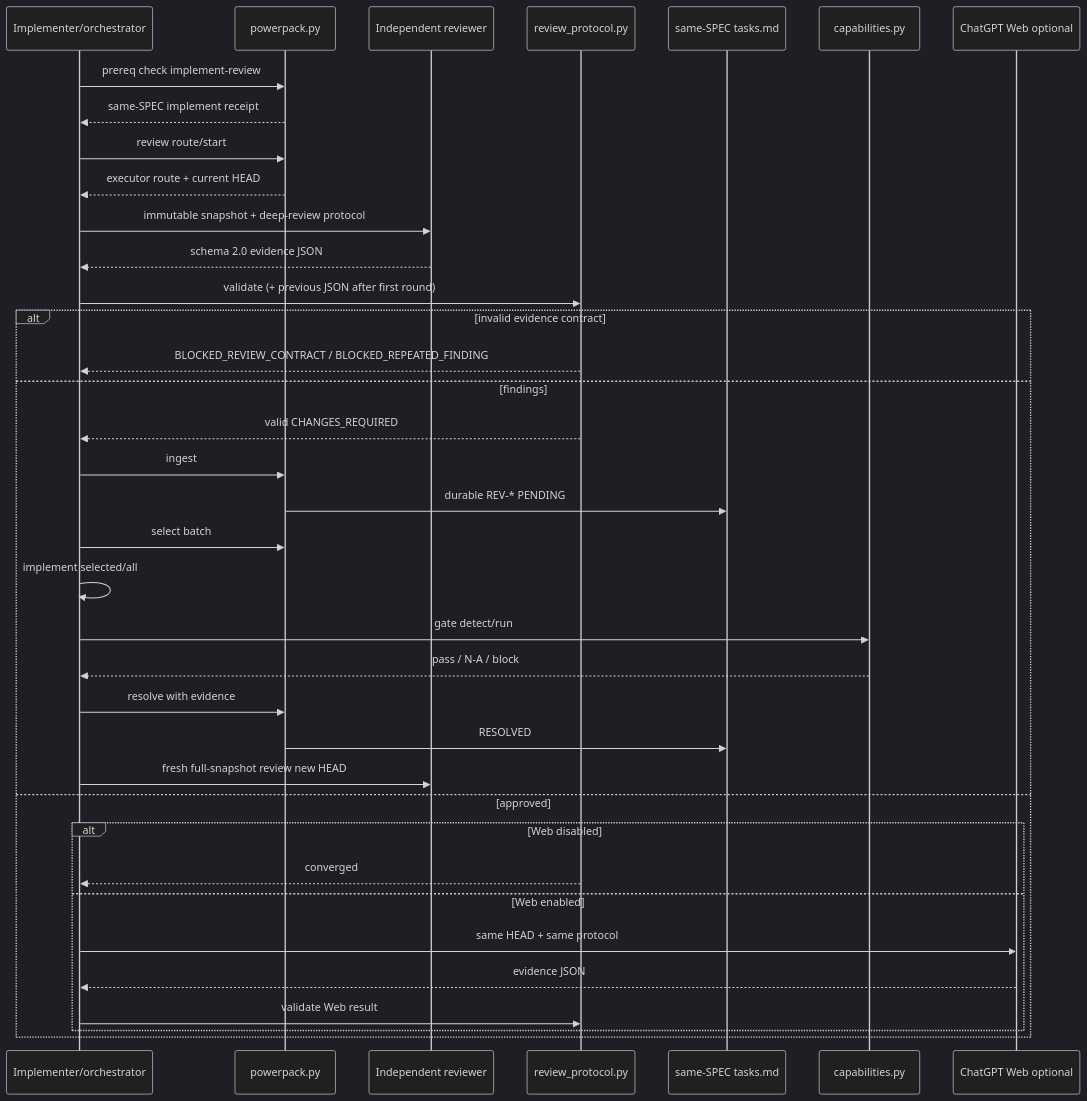
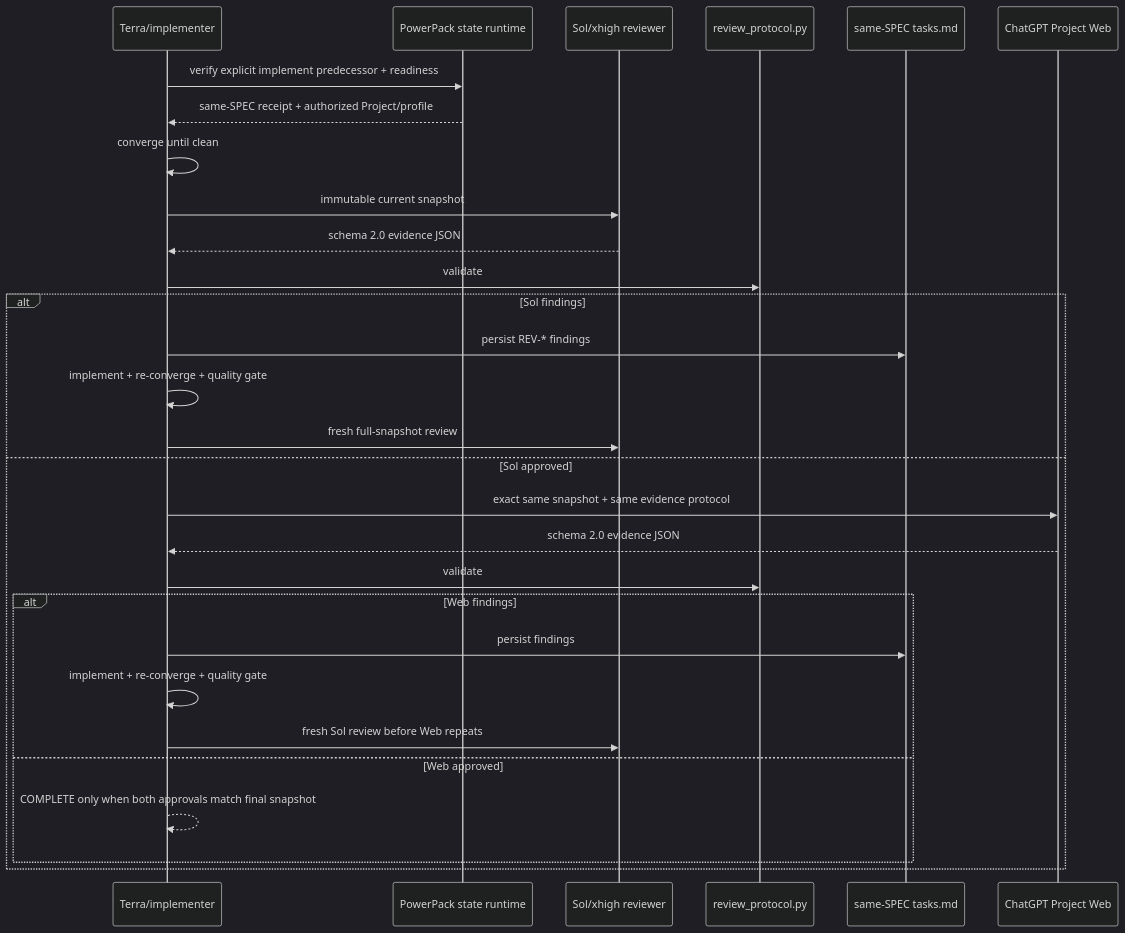
Before and after one commit to ds1david/speckit-powerpack: the fifth of 9 diagrams in docs/PROCESS_ARCHITECTURE.md, drawn with Mermaid (dark theme). The commit also changed other lines of this file, not shown here.

Commit message:
docs(architecture): model mandatory isolated Web review

````diff
--- a/docs/PROCESS_ARCHITECTURE.md
+++ b/docs/PROCESS_ARCHITECTURE.md
@@ -179,40 +160,32 @@
 ```mermaid
 sequenceDiagram
-    participant I as Implementer/orchestrator
-    participant P as powerpack.py
-    participant R as Independent reviewer
+    participant I as Terra/implementer
+    participant P as PowerPack state runtime
+    participant S as Sol/xhigh reviewer
     participant V as review_protocol.py
     participant T as same-SPEC tasks.md
-    participant C as capabilities.py
-    participant W as ChatGPT Web optional
+    participant W as ChatGPT Project Web
 
-    I->>P: prereq check implement-review
-    P-->>I: same-SPEC implement receipt
-    I->>P: review route/start
-    P-->>I: executor route + current HEAD
-    I->>R: immutable snapshot + deep-review protocol
-    R-->>I: schema 2.0 evidence JSON
-    I->>V: validate (+ previous JSON after first round)
-    alt invalid evidence contract
-        V-->>I: BLOCKED_REVIEW_CONTRACT / BLOCKED_REPEATED_FINDING
-    else findings
-        V-->>I: valid CHANGES_REQUIRED
-        I->>P: ingest
-        P->>T: durable REV-* PENDING
-        I->>P: select batch
-        I->>I: implement selected/all
-        I->>C: gate detect/run
-        C-->>I: pass / N-A / block
-        I->>P: resolve with evidence
-        P->>T: RESOLVED
-        I->>R: fresh full-snapshot review new HEAD
-    else approved
-        alt Web disabled
-            V-->>I: converged
-        else Web enabled
-            I->>W: same HEAD + same protocol
-            W-->>I: evidence JSON
-            I->>V: validate Web result
+    I->>P: verify explicit implement predecessor + readiness
+    P-->>I: same-SPEC receipt + authorized Project/profile
+    I->>I: converge until clean
+    I->>S: immutable current snapshot
+    S-->>I: schema 2.0 evidence JSON
+    I->>V: validate
+    alt Sol findings
+        I->>T: persist REV-* findings
+        I->>I: implement + re-converge + quality gate
+        I->>S: fresh full-snapshot review
+    else Sol approved
+        I->>W: exact same snapshot + same evidence protocol
+        W-->>I: schema 2.0 evidence JSON
+        I->>V: validate
+        alt Web findings
+            I->>T: persist findings
+            I->>I: implement + re-converge + quality gate
+            I->>S: fresh Sol review before Web repeats
+        else Web approved
+            I-->>I: COMPLETE only when both approvals match final snapshot
         end
     end
 ```
````
